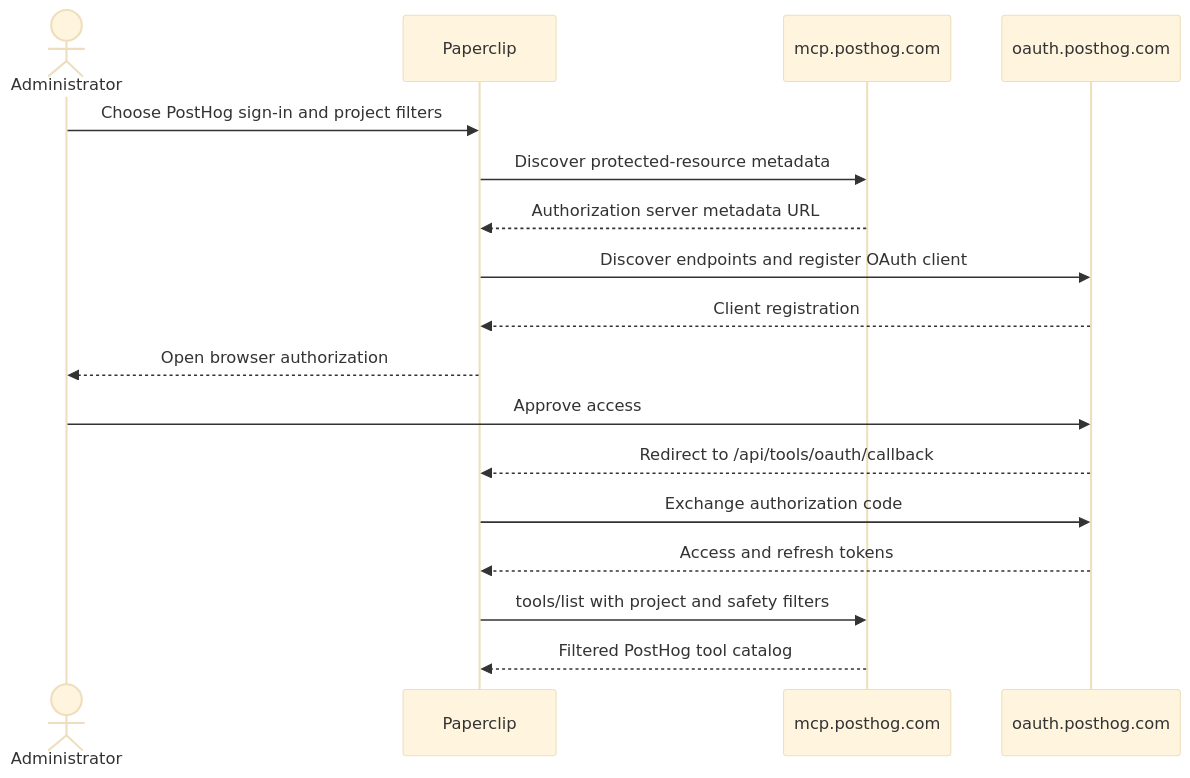
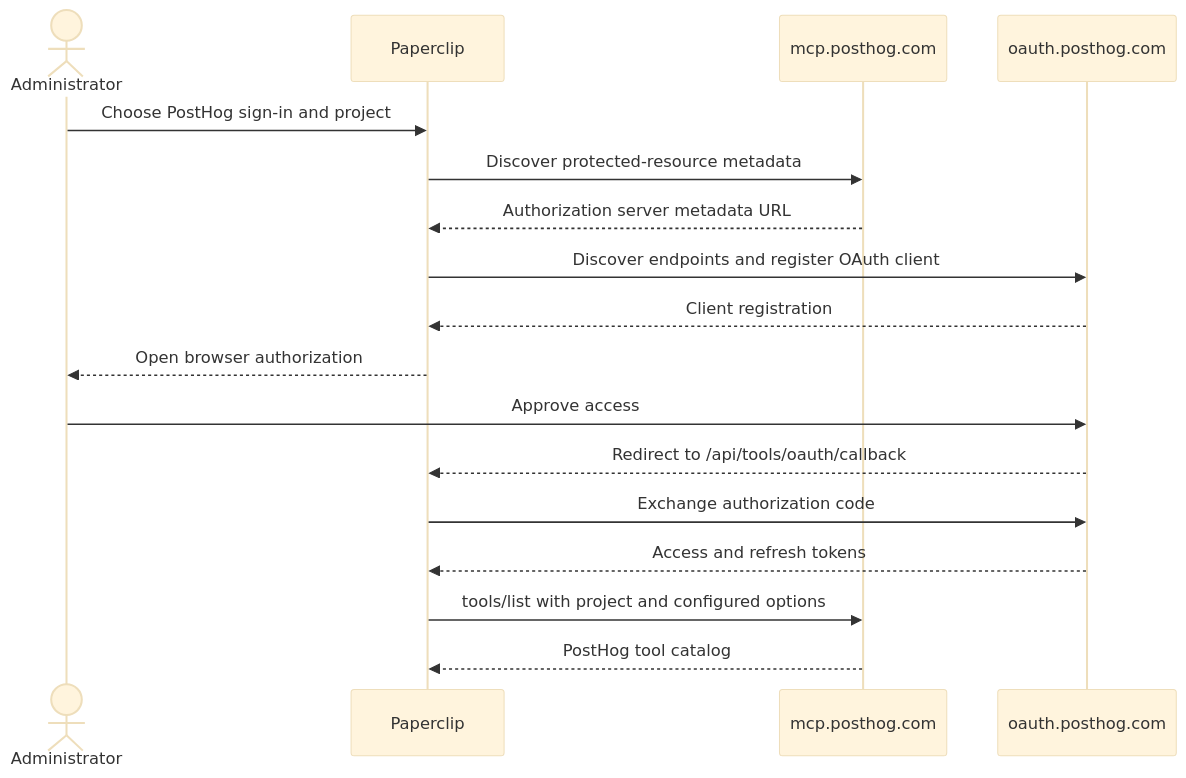
Before and after one commit to Aldwyr/paperclip: the diagram in doc/connections/POSTHOG.md, drawn with Mermaid (base theme). The commit also changed other lines of this file and 11 other files, not shown here.

First line of the commit message:
feat(apps): simplify PostHog connection setup

````diff
--- a/doc/connections/POSTHOG.md
+++ b/doc/connections/POSTHOG.md
@@ -20,20 +20,20 @@
 ```mermaid
 sequenceDiagram
     actor A as Administrator
     participant P as Paperclip
     participant M as mcp.posthog.com
     participant O as oauth.posthog.com
 
-    A->>P: Choose PostHog sign-in and project filters
+    A->>P: Choose PostHog sign-in and project
     P->>M: Discover protected-resource metadata
     M-->>P: Authorization server metadata URL
     P->>O: Discover endpoints and register OAuth client
     O-->>P: Client registration
     P-->>A: Open browser authorization
     A->>O: Approve access
     O-->>P: Redirect to /api/tools/oauth/callback
     P->>O: Exchange authorization code
     O-->>P: Access and refresh tokens
-    P->>M: tools/list with project and safety filters
-    M-->>P: Filtered PostHog tool catalog
+    P->>M: tools/list with project and configured options
+    M-->>P: PostHog tool catalog
 ```
````
